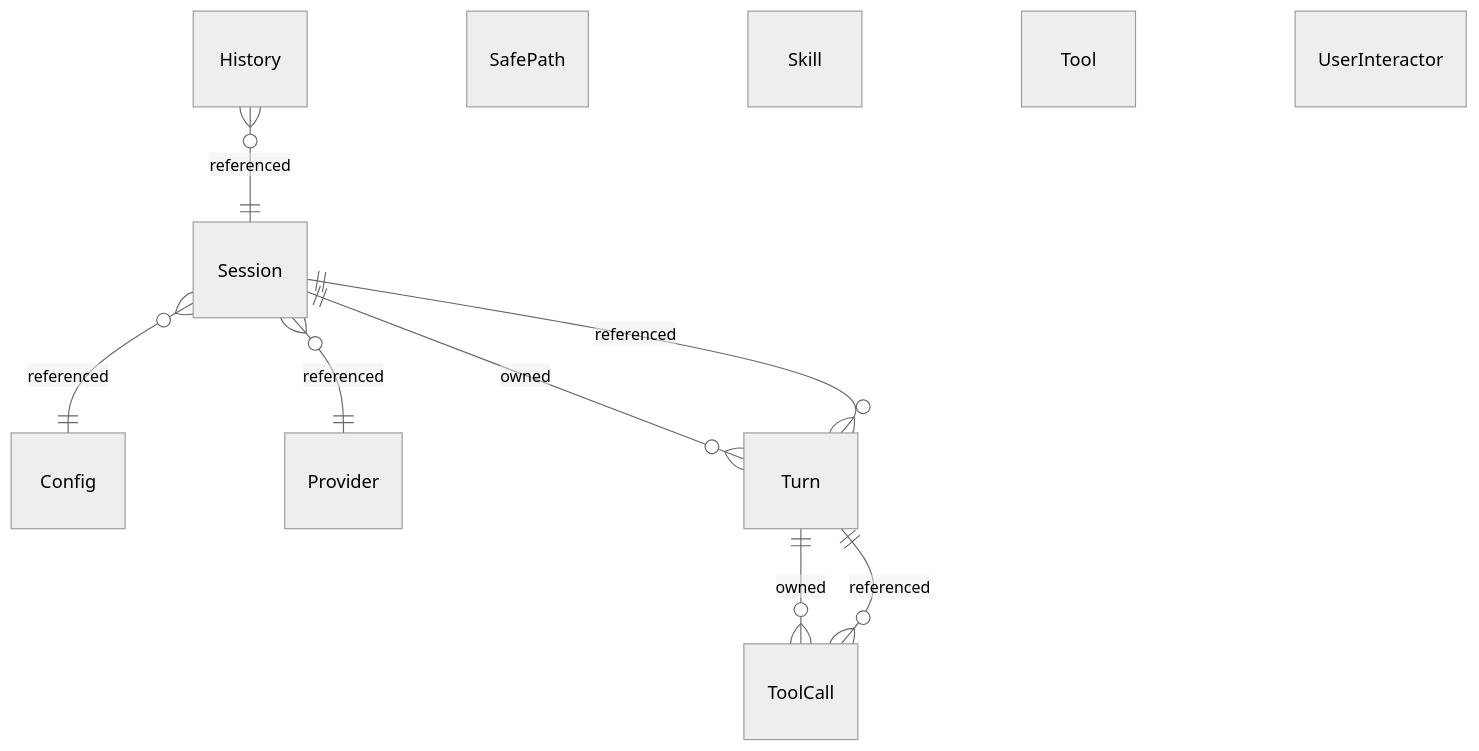
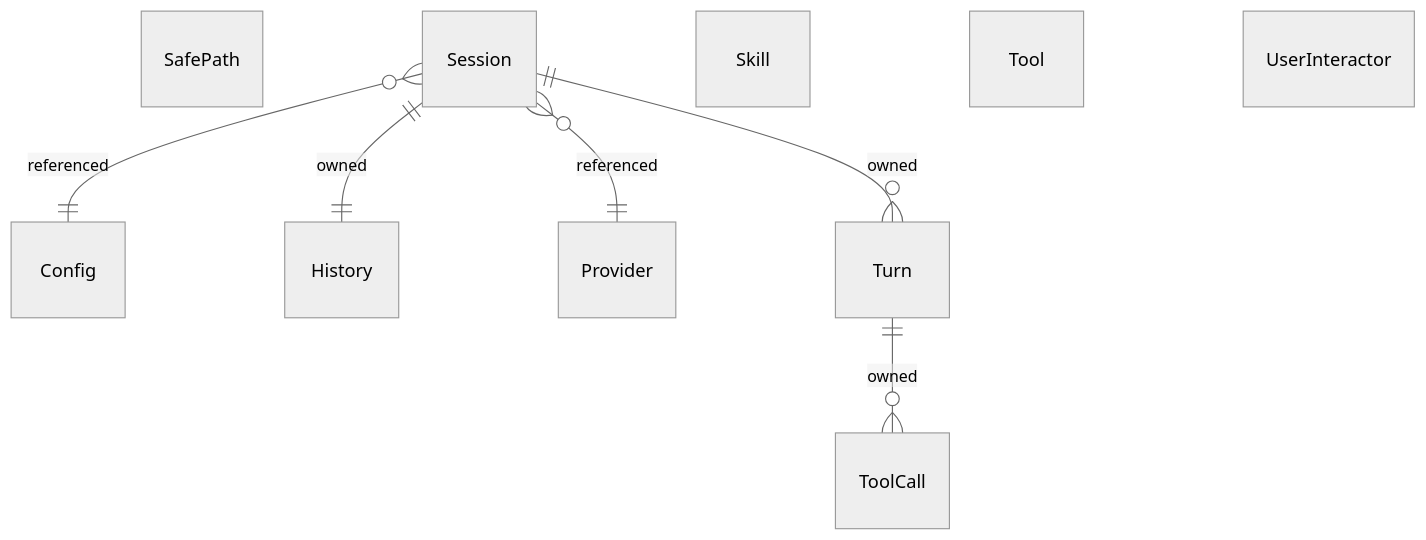
The diagram in docs/domain-model/tell-me-go.modelith.md (gosharplite/tell-me-go), drawn with Mermaid (neutral theme) before and after one commit. The commit also changed other lines of this file and 2 other files, not shown here.

````diff
--- a/docs/domain-model/tell-me-go.modelith.md
+++ b/docs/domain-model/tell-me-go.modelith.md
@@ -236,20 +229,18 @@
 ```mermaid
 erDiagram
     Config {}
     History {}
     Provider {}
     SafePath {}
     Session {}
     Skill {}
     Tool {}
     ToolCall {}
     Turn {}
     UserInteractor {}
-    History }o--|| Session : "referenced"
     Session ||--o{ Turn : "owned"
     Session }o--|| Config : "referenced"
     Session }o--|| Provider : "referenced"
-    ToolCall }o--|| Turn : "referenced"
-    Turn }o--|| Session : "referenced"
+    Session ||--|| History : "owned"
     Turn ||--o{ ToolCall : "owned"
 ```
````
